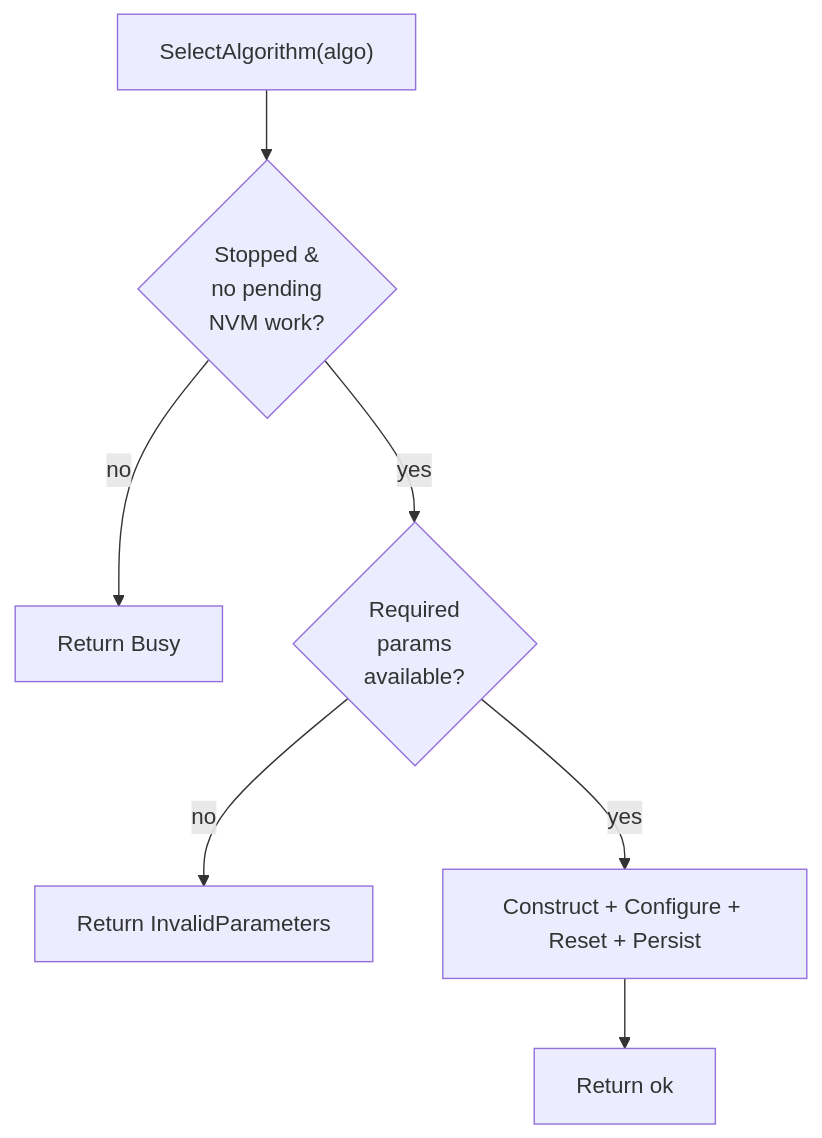
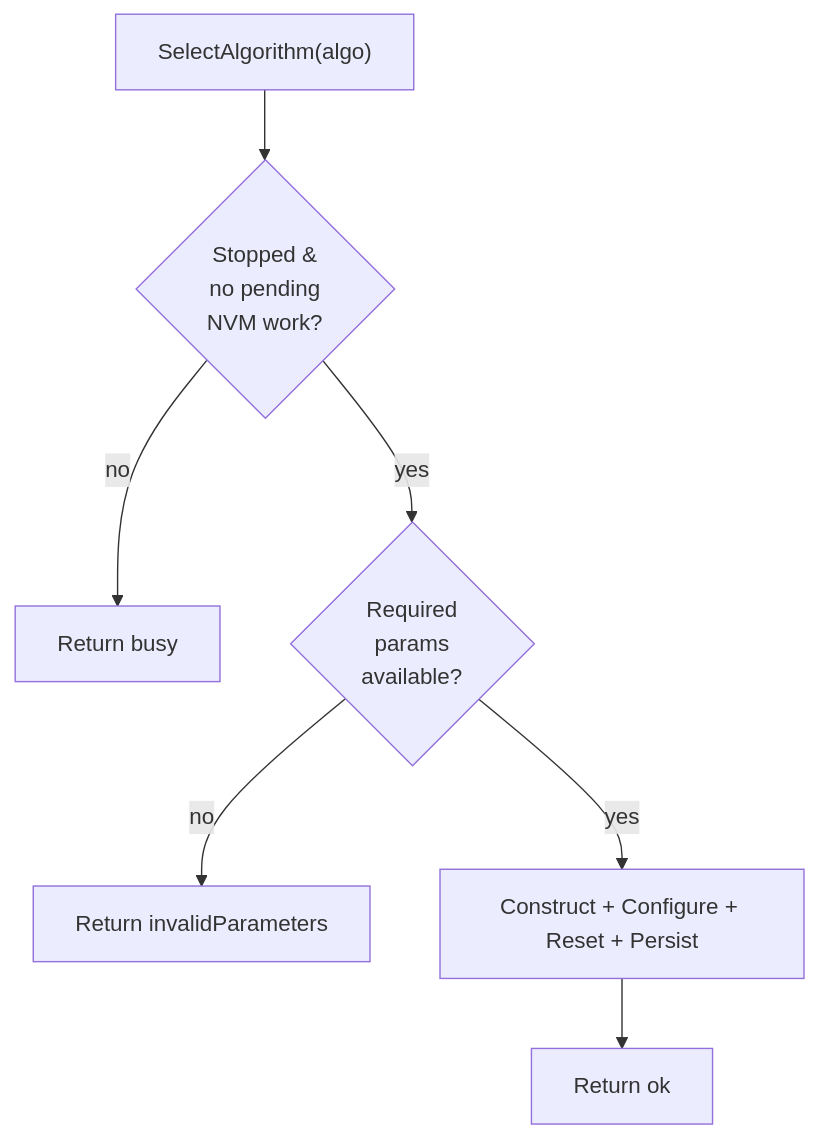
Before and after one commit to embedded-pro/e-foc: the fifth of 9 diagrams in documentation/design/controller-selection.md, drawn with Mermaid. The commit also changed other lines of this file and 37 other files, not shown here.

````diff
--- a/documentation/design/controller-selection.md
+++ b/documentation/design/controller-selection.md
@@ -444,9 +447,9 @@
 ```mermaid
 flowchart TD
     REQ["SelectAlgorithm(algo)"] --> GATENABLED{"Stopped &\nno pending\nNVM work?"}
-    GATENABLED -- no --> BUSY["Return Busy"]
+    GATENABLED -- no --> BUSY["Return busy"]
     GATENABLED -- yes --> GATEPARAMS{"Required\nparams\navailable?"}
-    GATEPARAMS -- no --> INVALID["Return InvalidParameters"]
+    GATEPARAMS -- no --> INVALID["Return invalidParameters"]
     GATEPARAMS -- yes --> CONSTRUCT["Construct + Configure + Reset + Persist"]
     CONSTRUCT --> OK["Return ok"]
 ```
````
